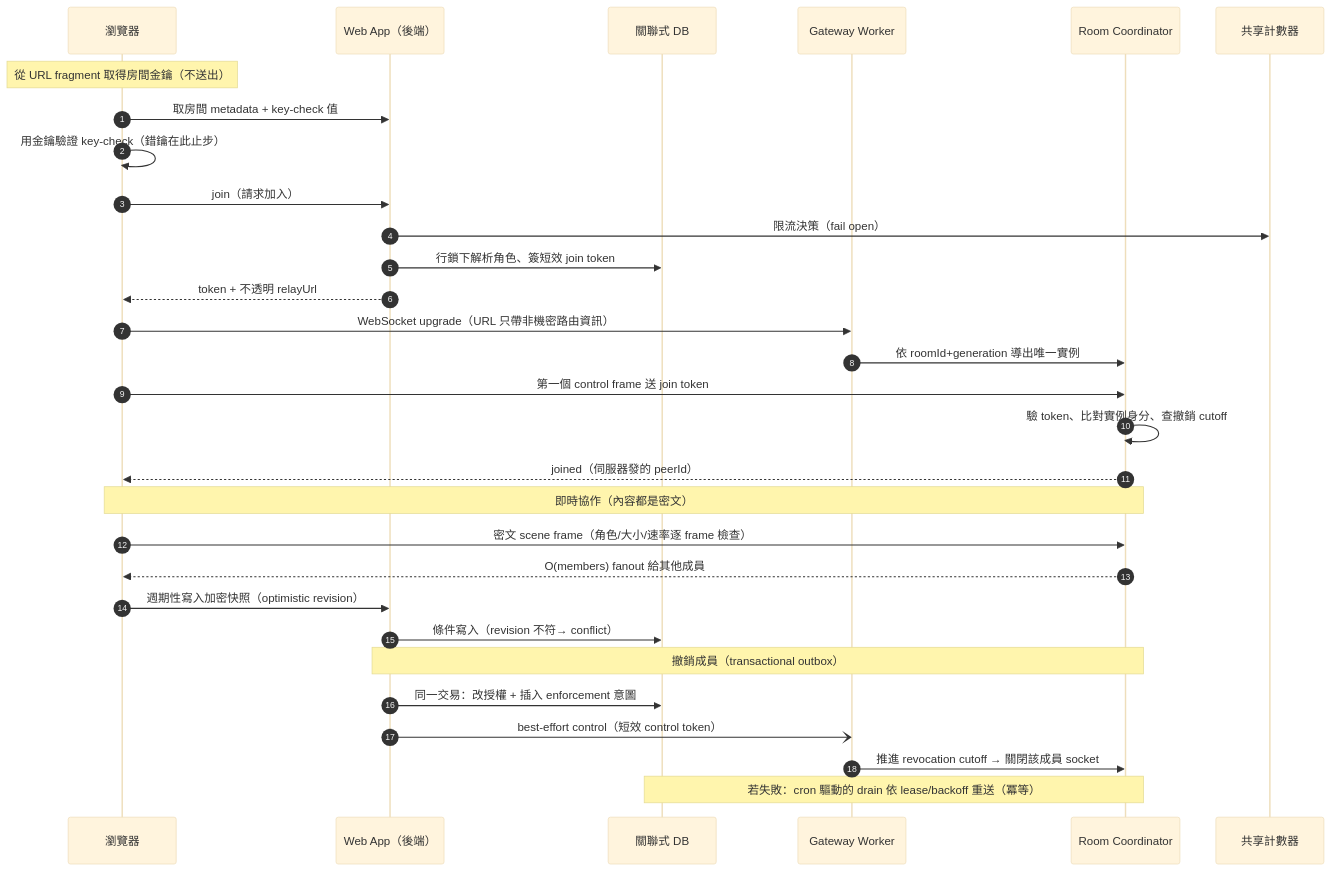
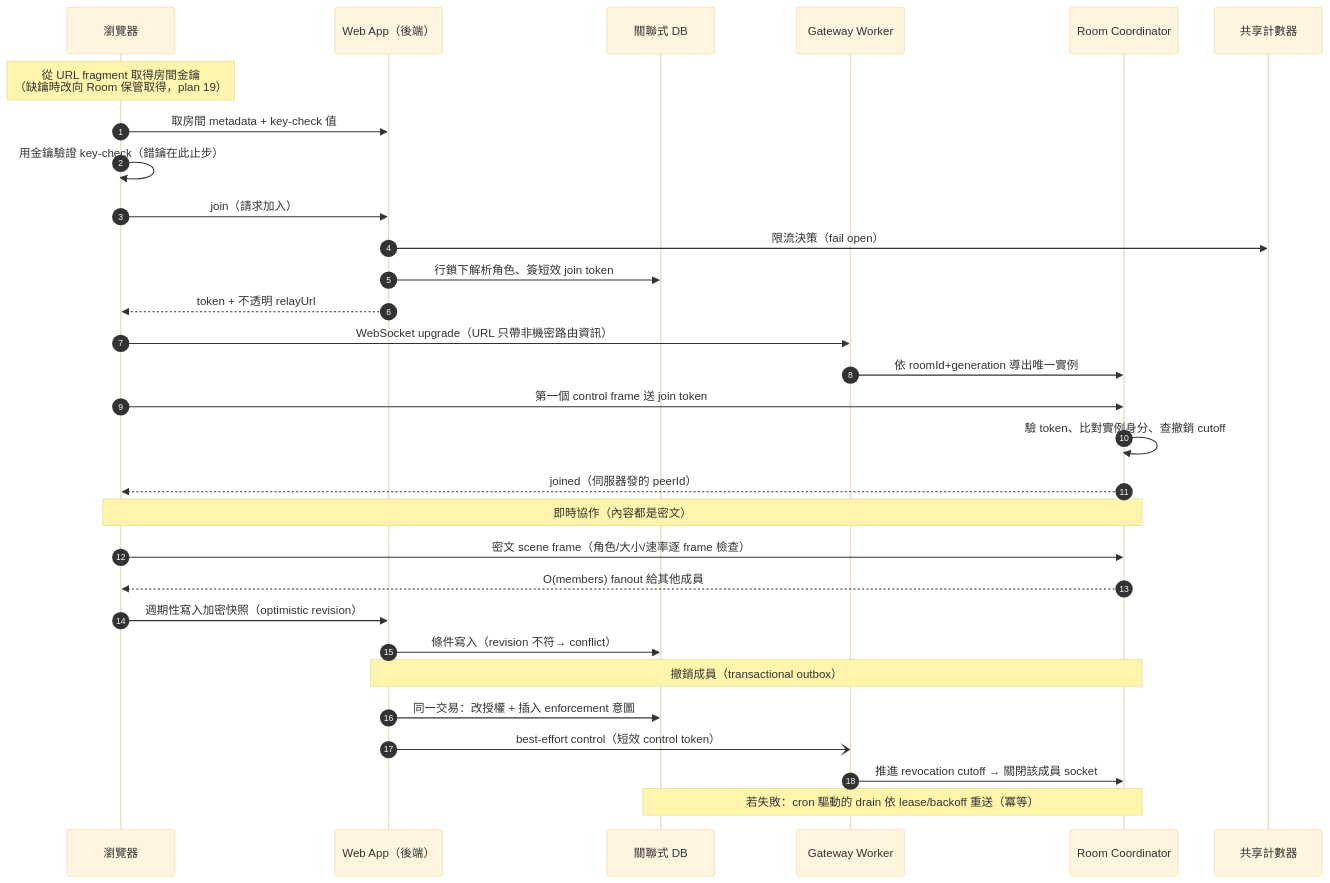
One commit to EricTsai83/drawstuff changed the second of 2 diagrams in docs/system-design/system-overview.md. Above: the diagram before and after it, drawn with Mermaid (base theme). The commit also changed other lines of this file and 20 other files, not shown here.

````diff
--- a/docs/system-design/system-overview.md
+++ b/docs/system-design/system-overview.md
@@ -61,35 +63,35 @@
 ```mermaid
 sequenceDiagram
     autonumber
     participant B as 瀏覽器
     participant W as Web App（後端）
     participant DB as 關聯式 DB
     participant G as Gateway Worker
     participant DO as Room Coordinator
     participant R as 共享計數器
 
-    Note over B: 從 URL fragment 取得房間金鑰（不送出）
+    Note over B: 從 URL fragment 取得房間金鑰<br/>（缺鑰時改向 Room 保管取得，plan 19）
     B->>W: 取房間 metadata + key-check 值
     B->>B: 用金鑰驗證 key-check（錯鑰在此止步）
     B->>W: join（請求加入）
     W->>R: 限流決策（fail open）
     W->>DB: 行鎖下解析角色、簽短效 join token
     W-->>B: token + 不透明 relayUrl
     B->>G: WebSocket upgrade（URL 只帶非機密路由資訊）
     G->>DO: 依 roomId+generation 導出唯一實例
     B->>DO: 第一個 control frame 送 join token
     DO->>DO: 驗 token、比對實例身分、查撤銷 cutoff
     DO-->>B: joined（伺服器發的 peerId）
 
     Note over B,DO: 即時協作（內容都是密文）
     B->>DO: 密文 scene frame（角色/大小/速率逐 frame 檢查）
     DO-->>B: O(members) fanout 給其他成員
     B->>W: 週期性寫入加密快照（optimistic revision）
     W->>DB: 條件寫入（revision 不符→ conflict）
 
     Note over W,DO: 撤銷成員（transactional outbox）
     W->>DB: 同一交易：改授權 + 插入 enforcement 意圖
     W-)G: best-effort control（短效 control token）
     G->>DO: 推進 revocation cutoff → 關閉該成員 socket
     Note over DB,DO: 若失敗：cron 驅動的 drain 依 lease/backoff 重送（冪等）
 ```
````
